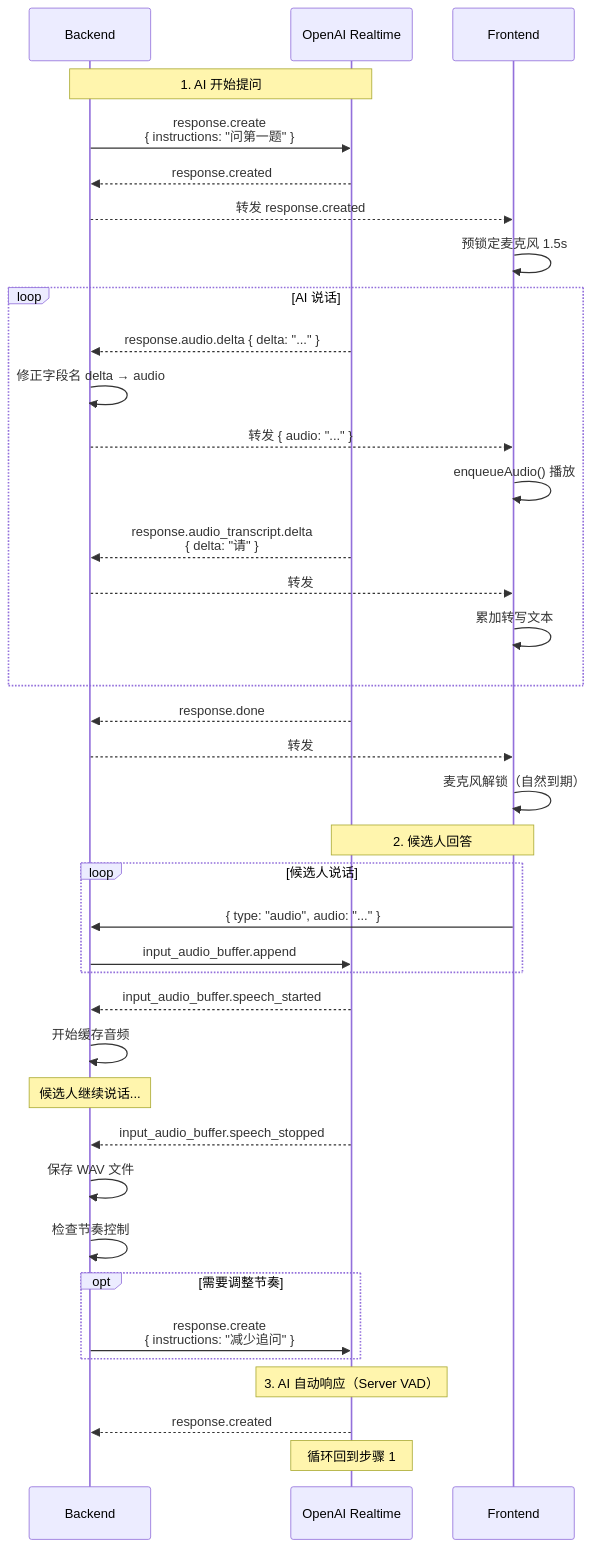
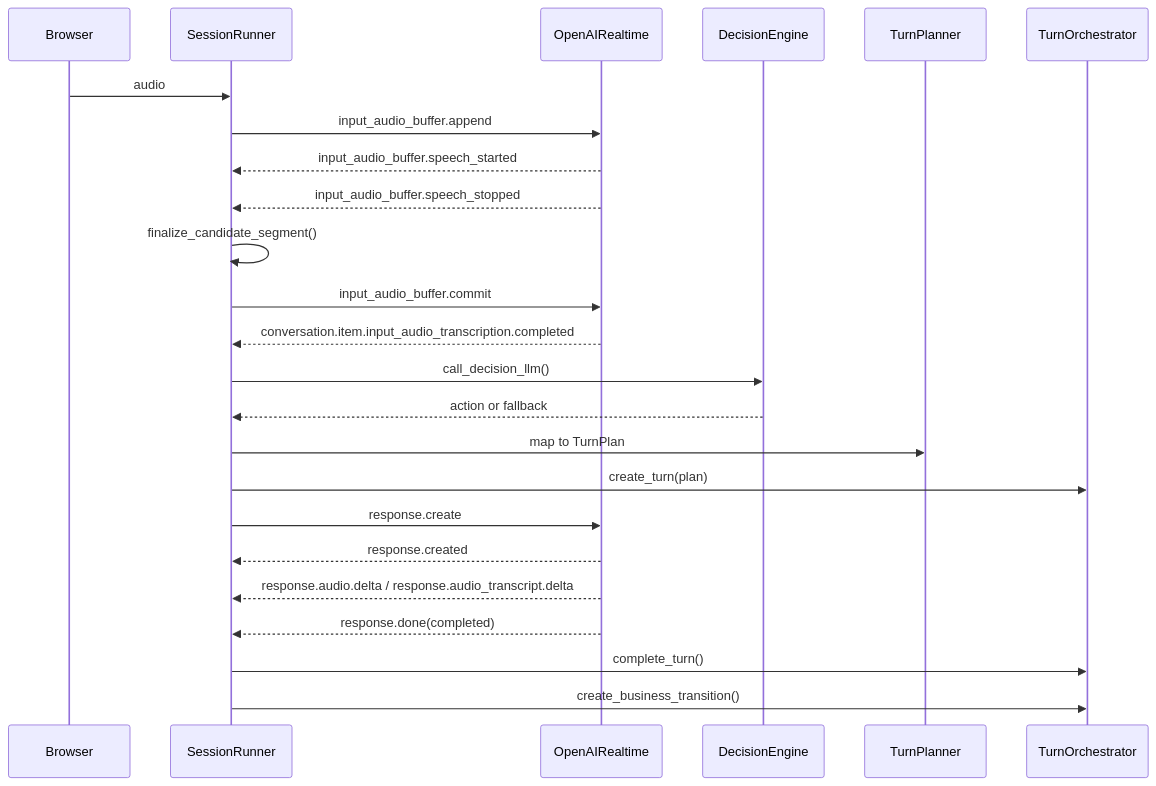
One commit to cziwen/AI_Interviewer changed the diagram in spec_doc/04_technical_details/04.1_realtime_api.md. Above: the diagram before and after it, drawn with Mermaid. The commit also changed other lines of this file and 22 other files, not shown here.

First line of the commit message:
feat: refactor realtime interview services and enhance audio handling

````diff
--- a/spec_doc/04_technical_details/04.1_realtime_api.md
+++ b/spec_doc/04_technical_details/04.1_realtime_api.md
@@ -299,50 +242,27 @@
 ```mermaid
 sequenceDiagram
-    participant BE as Backend
-    participant RT as OpenAI Realtime
-    participant FE as Frontend
+    participant Browser as Browser
+    participant Runner as SessionRunner
+    participant RT as OpenAIRealtime
+    participant Decision as DecisionEngine
+    participant Planner as TurnPlanner
+    participant Orch as TurnOrchestrator
 
-    Note over BE,RT: 1. AI 开始提问
-    BE->>RT: response.create<br/>{ instructions: "问第一题" }
-    RT-->>BE: response.created
-    BE-->>FE: 转发 response.created
-    FE->>FE: 预锁定麦克风 1.5s
-
-    loop AI 说话
-        RT-->>BE: response.audio.delta { delta: "..." }
-        BE->>BE: 修正字段名 delta → audio
-        BE-->>FE: 转发 { audio: "..." }
-        FE->>FE: enqueueAudio() 播放
-
-        RT-->>BE: response.audio_transcript.delta<br/>{ delta: "请" }
-        BE-->>FE: 转发
-        FE->>FE: 累加转写文本
-    end
-
-    RT-->>BE: response.done
-    BE-->>FE: 转发
-    FE->>FE: 麦克风解锁（自然到期）
-
-    Note over FE,RT: 2. 候选人回答
-    loop 候选人说话
-        FE->>BE: { type: "audio", audio: "..." }
-        BE->>RT: input_audio_buffer.append
-    end
-
-    RT-->>BE: input_audio_buffer.speech_started
-    BE->>BE: 开始缓存音频
-
-    Note over BE: 候选人继续说话...
-
-    RT-->>BE: input_audio_buffer.speech_stopped
-    BE->>BE: 保存 WAV 文件
-    BE->>BE: 检查节奏控制
-
-    opt 需要调整节奏
-        BE->>RT: response.create<br/>{ instructions: "减少追问" }
-    end
-
-    Note over RT: 3. AI 自动响应（Server VAD）
-    RT-->>BE: response.created
-    Note over RT: 循环回到步骤 1
+    Browser->>Runner: audio
+    Runner->>RT: input_audio_buffer.append
+    RT-->>Runner: input_audio_buffer.speech_started
+    RT-->>Runner: input_audio_buffer.speech_stopped
+    Runner->>Runner: finalize_candidate_segment()
+    Runner->>RT: input_audio_buffer.commit
+    RT-->>Runner: conversation.item.input_audio_transcription.completed
+    Runner->>Decision: call_decision_llm()
+    Decision-->>Runner: action or fallback
+    Runner->>Planner: map to TurnPlan
+    Runner->>Orch: create_turn(plan)
+    Runner->>RT: response.create
+    RT-->>Runner: response.created
+    RT-->>Runner: response.audio.delta / response.audio_transcript.delta
+    RT-->>Runner: response.done(completed)
+    Runner->>Orch: complete_turn()
+    Runner->>Orch: create_business_transition()
 ```
````
